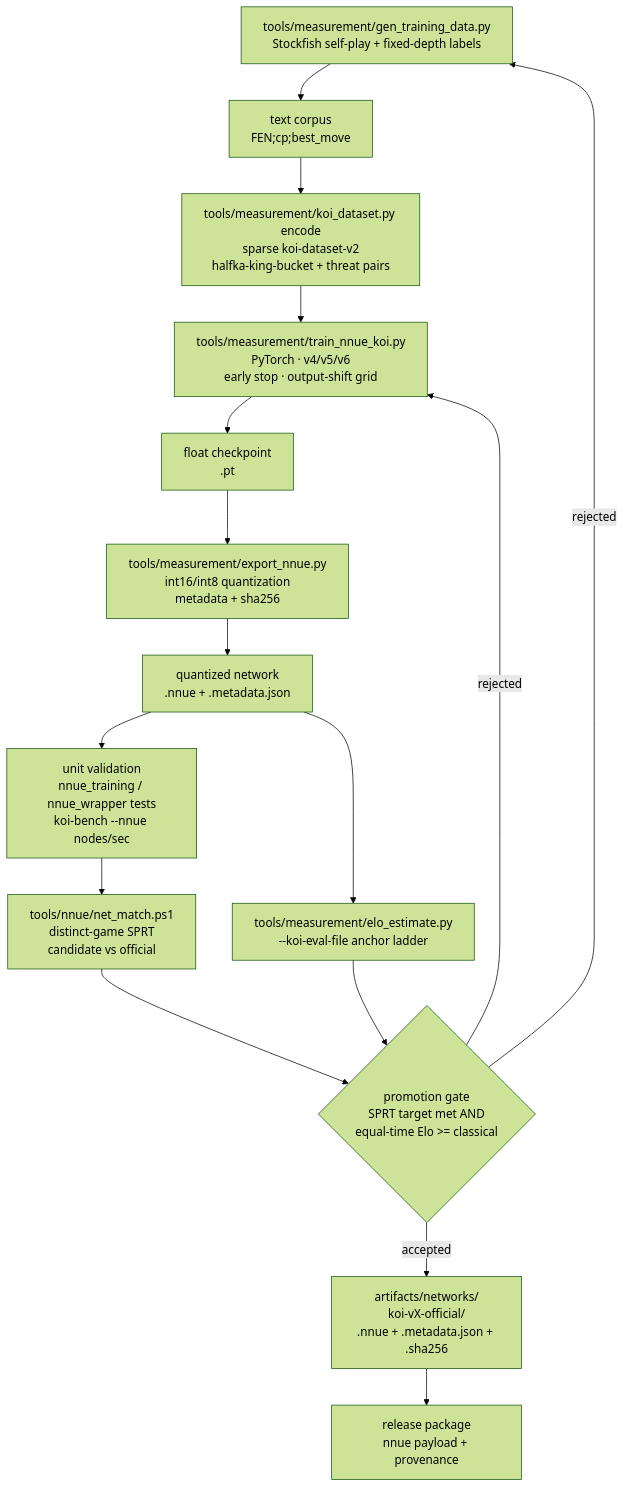
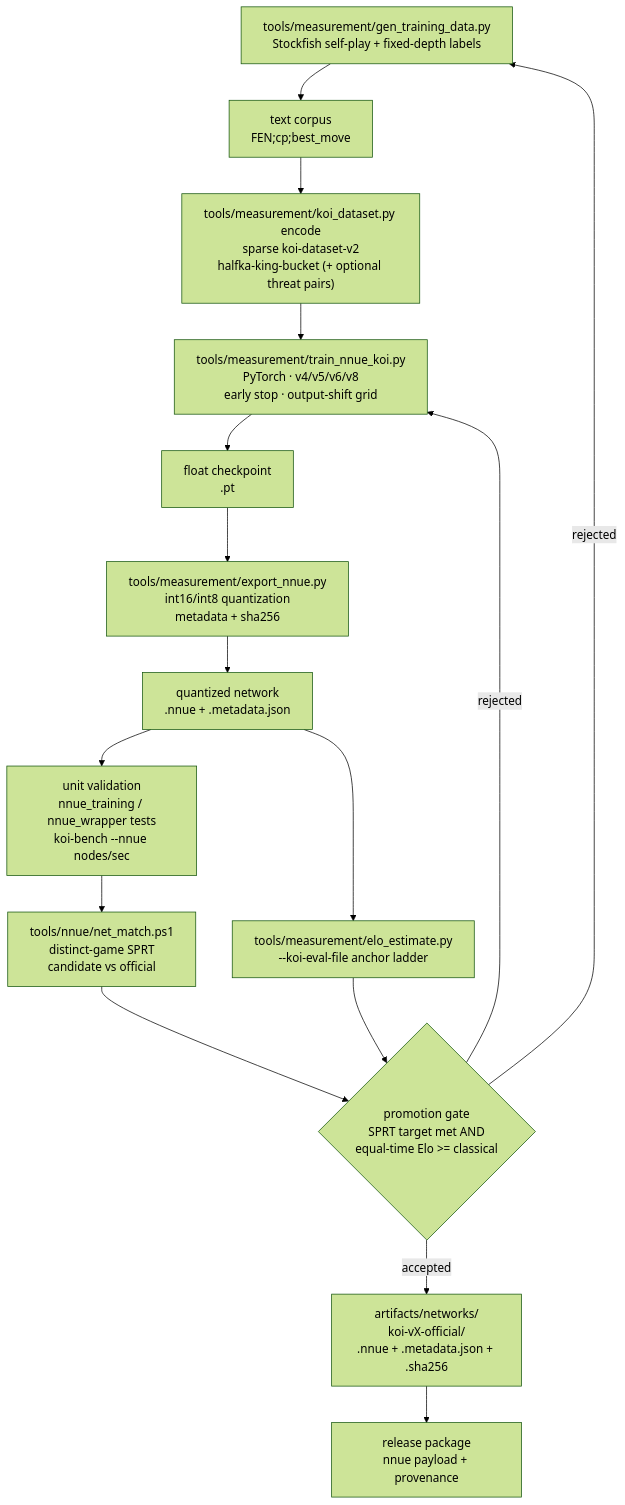
Before and after one commit to nhatquang1701/Koi-engine: the diagram in docs/NNUE_PIPELINE.md, drawn with Mermaid (forest theme). The commit also changed other lines of this file, not shown here.

Commit message:
docs(nnue): record the v8 layouts and the equal-time promotion lesson

````diff
--- a/docs/NNUE_PIPELINE.md
+++ b/docs/NNUE_PIPELINE.md
@@ -7,23 +7,23 @@
 ```mermaid
 flowchart TD
     DATA["tools/measurement/gen_training_data.py<br/>Stockfish self-play + fixed-depth labels"]
     TEXT["text corpus<br/>FEN;cp;best_move"]
-    ENCODE["tools/measurement/koi_dataset.py encode<br/>sparse koi-dataset-v2<br/>halfka-king-bucket + threat pairs"]
-    TRAIN["tools/measurement/train_nnue_koi.py<br/>PyTorch · v4/v5/v6<br/>early stop · output-shift grid"]
+    ENCODE["tools/measurement/koi_dataset.py encode<br/>sparse koi-dataset-v2<br/>halfka-king-bucket (+ optional threat pairs)"]
+    TRAIN["tools/measurement/train_nnue_koi.py<br/>PyTorch · v4/v5/v6/v8<br/>early stop · output-shift grid"]
     FLOAT["float checkpoint<br/>.pt"]
     EXPORT["tools/measurement/export_nnue.py<br/>int16/int8 quantization<br/>metadata + sha256"]
     NET["quantized network<br/>.nnue + .metadata.json"]
     UNIT["unit validation<br/>nnue_training / nnue_wrapper tests<br/>koi-bench --nnue nodes/sec"]
     AB["tools/nnue/net_match.ps1<br/>distinct-game SPRT<br/>candidate vs official"]
     ABS["tools/measurement/elo_estimate.py<br/>--koi-eval-file anchor ladder"]
     GATE{"promotion gate<br/>SPRT target met AND<br/>equal-time Elo >= classical"}
     OFFICIAL["artifacts/networks/<br/>koi-vX-official/<br/>.nnue + .metadata.json + .sha256"]
     RELEASE["release package<br/>nnue payload + provenance"]
 
     DATA --> TEXT --> ENCODE --> TRAIN --> FLOAT --> EXPORT --> NET
     NET --> UNIT --> AB --> GATE
     NET --> ABS --> GATE
     GATE -- "accepted" --> OFFICIAL --> RELEASE
     GATE -- "rejected" --> DATA
     GATE -- "rejected" --> TRAIN
 ```
````
